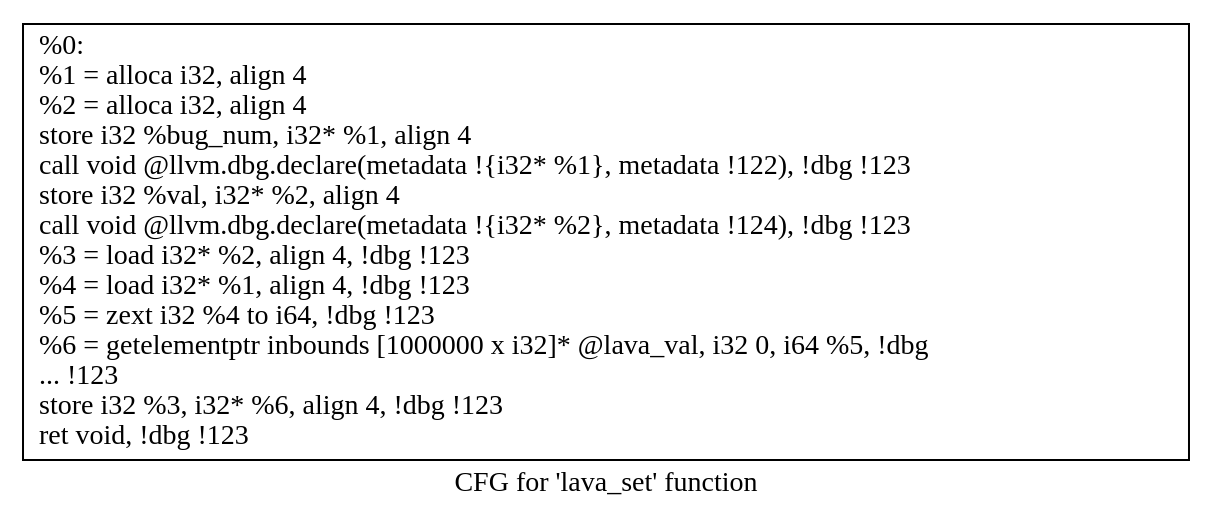
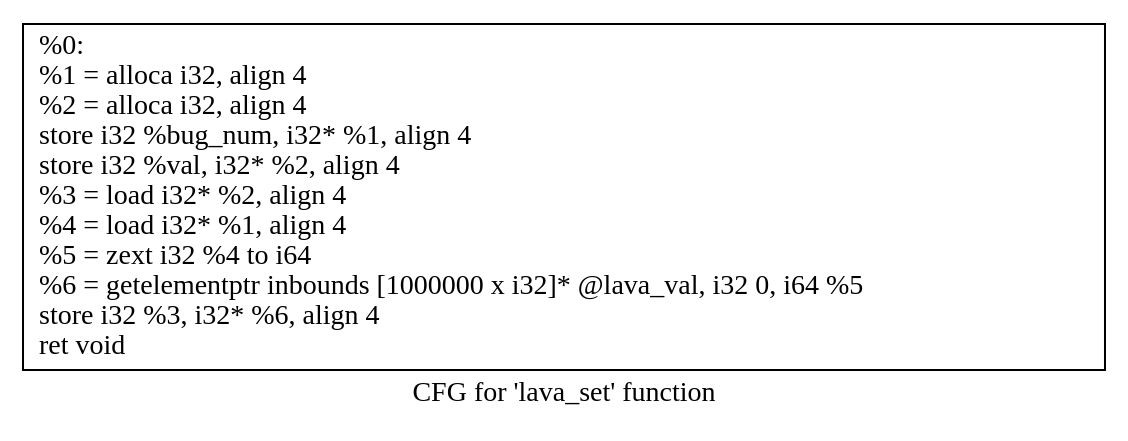
One commit to Manouchehri/sim-fuzz-1 changed the diagram in cfg.lava_set.dot. Above: the diagram before and after it, drawn with Graphviz. The commit also changed 15 other files, not shown here.

```diff
--- a/cfg.lava_set.dot
+++ b/cfg.lava_set.dot
@@ -1,5 +1,5 @@
 digraph "CFG for 'lava_set' function" {
 	label="CFG for 'lava_set' function";
 
-	Node0x7ba3b0 [shape=record,label="{%0:\l  %1 = alloca i32, align 4\l  %2 = alloca i32, align 4\l  store i32 %bug_num, i32* %1, align 4\l  call void @llvm.dbg.declare(metadata !\{i32* %1\}, metadata !122), !dbg !123\l  store i32 %val, i32* %2, align 4\l  call void @llvm.dbg.declare(metadata !\{i32* %2\}, metadata !124), !dbg !123\l  %3 = load i32* %2, align 4, !dbg !123\l  %4 = load i32* %1, align 4, !dbg !123\l  %5 = zext i32 %4 to i64, !dbg !123\l  %6 = getelementptr inbounds [1000000 x i32]* @lava_val, i32 0, i64 %5, !dbg\l... !123\l  store i32 %3, i32* %6, align 4, !dbg !123\l  ret void, !dbg !123\l}"];
+	Node0x74a310 [shape=record,label="{%0:\l  %1 = alloca i32, align 4\l  %2 = alloca i32, align 4\l  store i32 %bug_num, i32* %1, align 4\l  store i32 %val, i32* %2, align 4\l  %3 = load i32* %2, align 4\l  %4 = load i32* %1, align 4\l  %5 = zext i32 %4 to i64\l  %6 = getelementptr inbounds [1000000 x i32]* @lava_val, i32 0, i64 %5\l  store i32 %3, i32* %6, align 4\l  ret void\l}"];
 }
```
